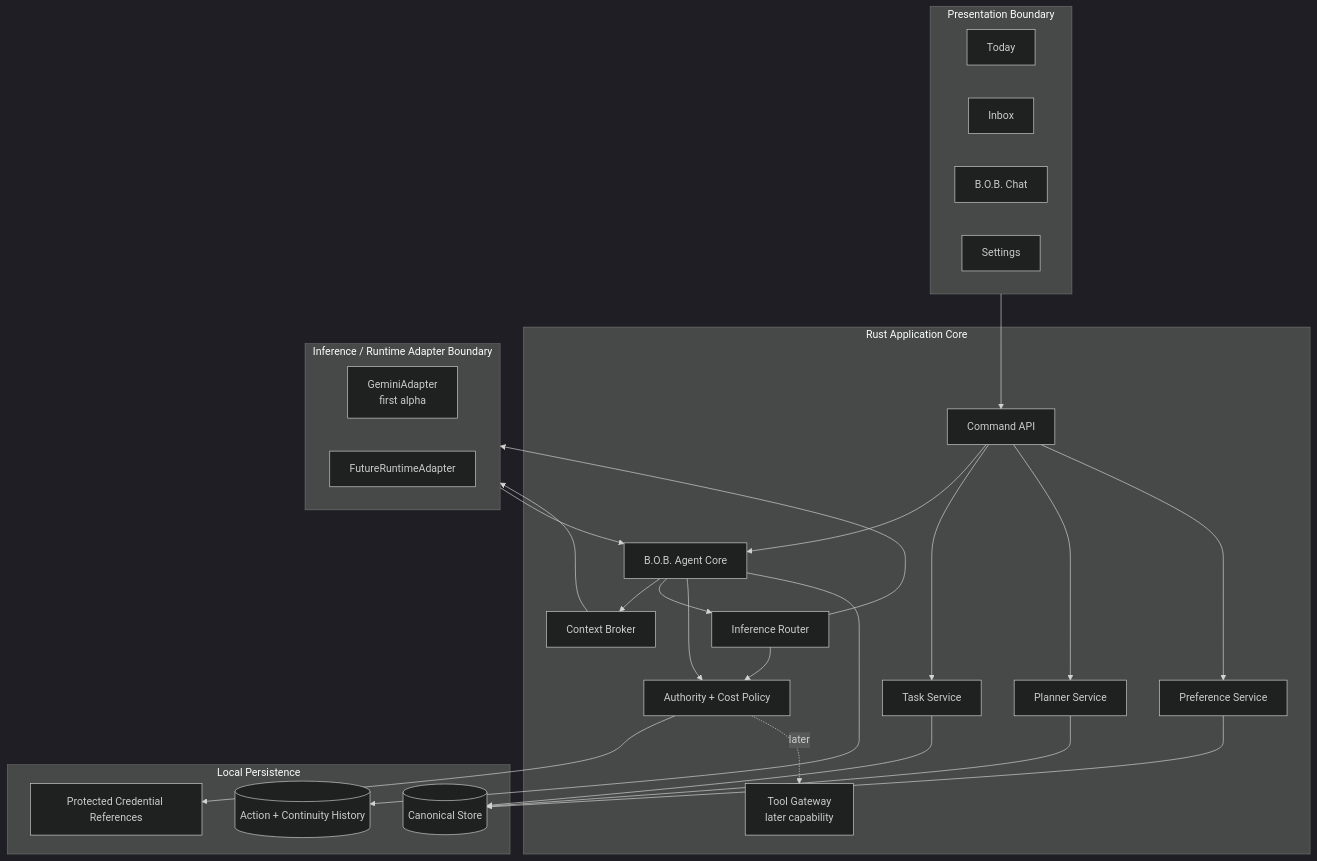
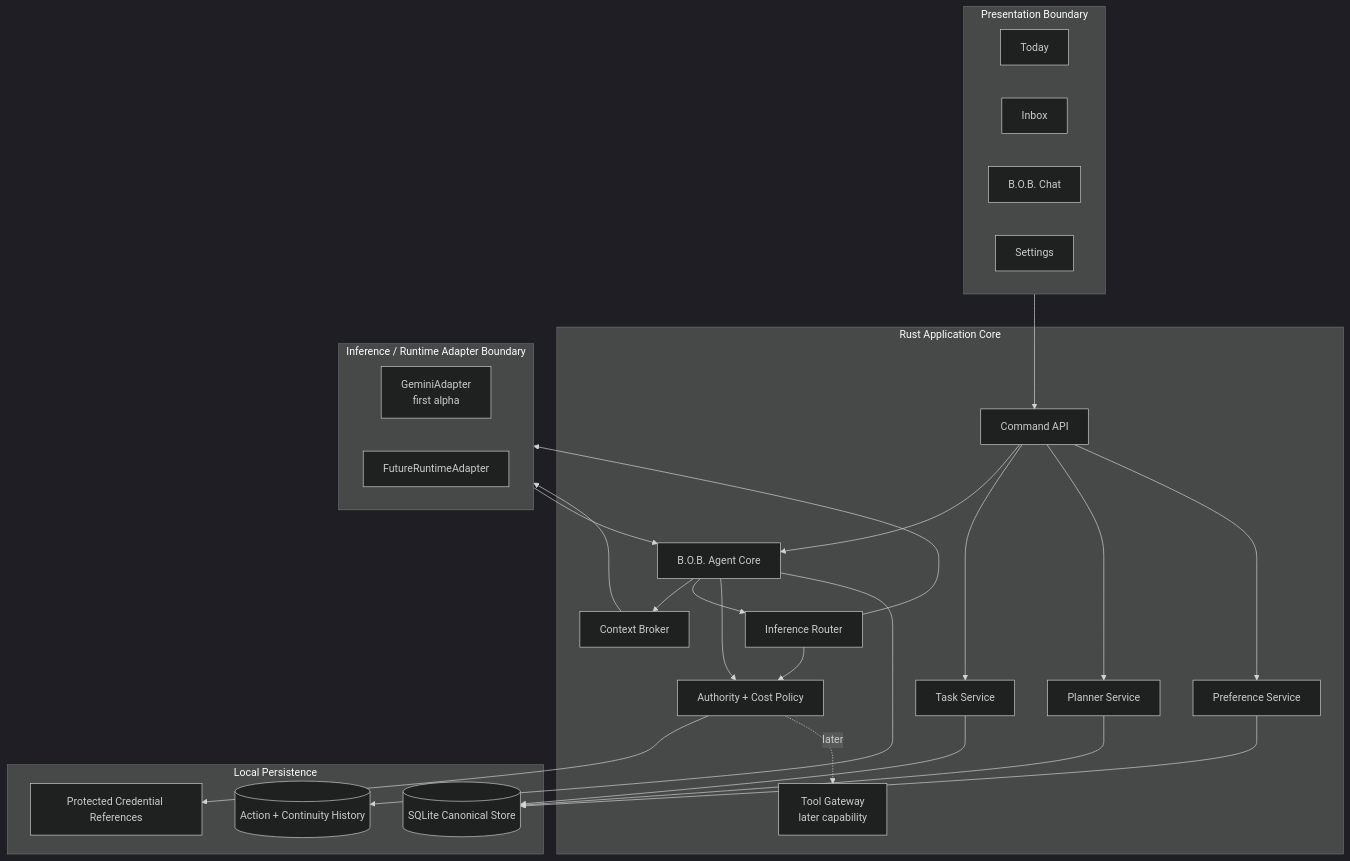
The second of 3 diagrams in docs/ARCHITECTURE.md (Knapp-Kevin/B.O.B.), drawn with Mermaid (dark theme) before and after one commit. The commit also changed other lines of this file, not shown here.

Commit message:
docs: reconcile persistence architecture

````diff
--- a/docs/ARCHITECTURE.md
+++ b/docs/ARCHITECTURE.md
@@ -44,54 +44,54 @@
 ```mermaid
 flowchart TB
     subgraph UI[Presentation Boundary]
         TODAY[Today]
         INBOX[Inbox]
         CHAT[B.O.B. Chat]
         SETTINGS[Settings]
     end
 
     subgraph CORE[Rust Application Core]
         CMD[Command API]
         BOB[B.O.B. Agent Core]
         TASK[Task Service]
         PLAN[Planner Service]
         CONTEXT[Context Broker]
         ROUTER[Inference Router]
         POLICY[Authority + Cost Policy]
         TOOLS[Tool Gateway\nlater capability]
         PREF[Preference Service]
     end
 
     subgraph DATA[Local Persistence]
-        STORE[(Canonical Store)]
+        STORE[(SQLite Canonical Store)]
         HISTORY[(Action + Continuity History)]
         SECRET[Protected Credential References]
     end
 
     subgraph RUNTIMES[Inference / Runtime Adapter Boundary]
         GEMINI[GeminiAdapter\nfirst alpha]
         OTHER[FutureRuntimeAdapter]
     end
 
     UI --> CMD
     CMD --> BOB
     CMD --> TASK
     CMD --> PLAN
     CMD --> PREF
 
     BOB --> CONTEXT
     BOB --> ROUTER
     BOB --> POLICY
 
     TASK --> STORE
     PLAN --> STORE
     PREF --> STORE
     BOB --> HISTORY
 
     ROUTER --> POLICY
     ROUTER --> RUNTIMES
     CONTEXT --> RUNTIMES
     RUNTIMES --> BOB
     POLICY --> SECRET
     POLICY -. later .-> TOOLS
 ```
````
